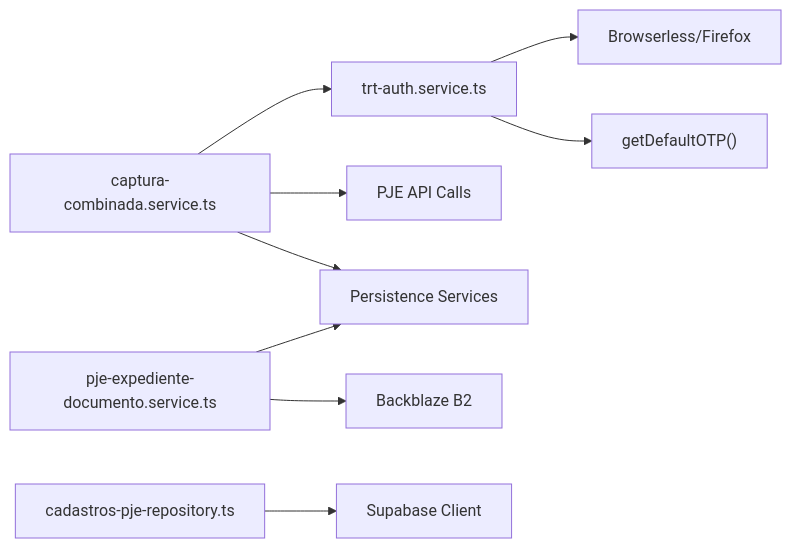
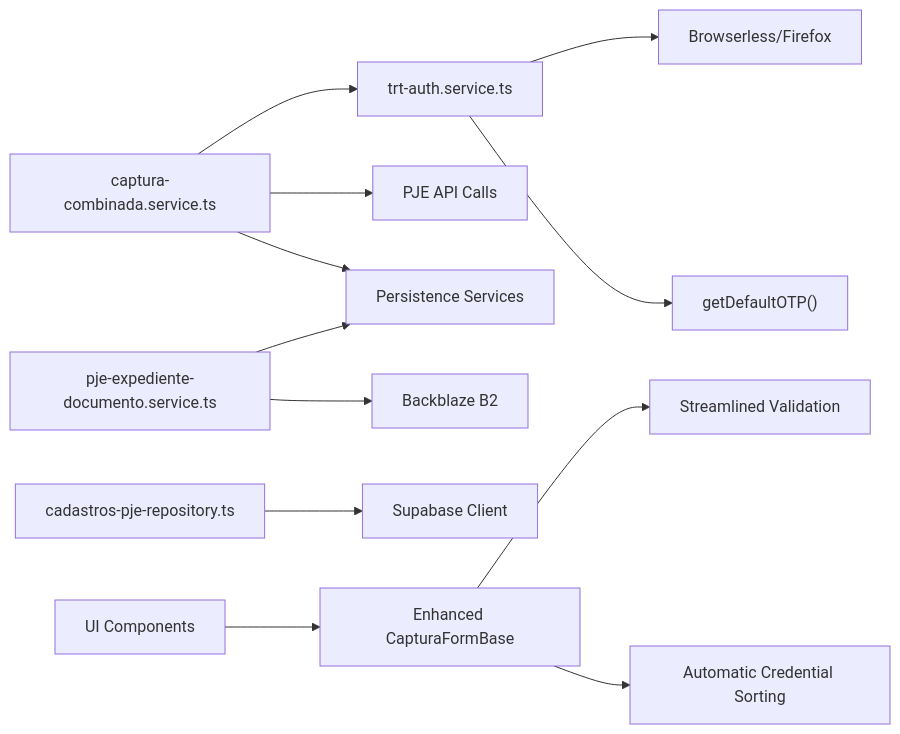
One commit to SinesysTech/zattar-os changed diagram 11 of 11 in .qoder/repowiki/en/content/Legal Process Management System/Automated Data Capture from PJE-TRT Systems/Automated Data Capture from PJE-TRT Systems.md. Above: the diagram before and after it, drawn with Mermaid. The commit also changed other lines of this file and 4 other files, not shown here.

First line of the commit message:
feat: enhance CapturaFormBase with credential selection popover

````diff
--- a/.qoder/repowiki/en/content/Legal Process Management System/Automated Data Capture from PJE-TRT Systems/Automated Data Capture from PJE-TRT Systems.md
+++ b/.qoder/repowiki/en/content/Legal Process Management System/Automated Data Capture from PJE-TRT Systems/Automated Data Capture from PJE-TRT Systems.md
@@ -367,11 +471,14 @@
 ```mermaid
 graph LR
 AUTH["trt-auth.service.ts"] --> BROWSER["Browserless/Firefox"]
 AUTH --> OTP["getDefaultOTP()"]
 COMB["captura-combinada.service.ts"] --> AUTH
 COMB --> PJE_API["PJE API Calls"]
 COMB --> PERSIST["Persistence Services"]
 DOC["pje-expediente-documento.service.ts"] --> STORAGE["Backblaze B2"]
 DOC --> PERSIST
 CAD["cadastros-pje-repository.ts"] --> SUPABASE["Supabase Client"]
+UI["UI Components"] --> FORMBASE["Enhanced CapturaFormBase"]
+FORMBASE --> VALIDATION["Streamlined Validation"]
+FORMBASE --> SORTING["Automatic Credential Sorting"]
 ```
````
